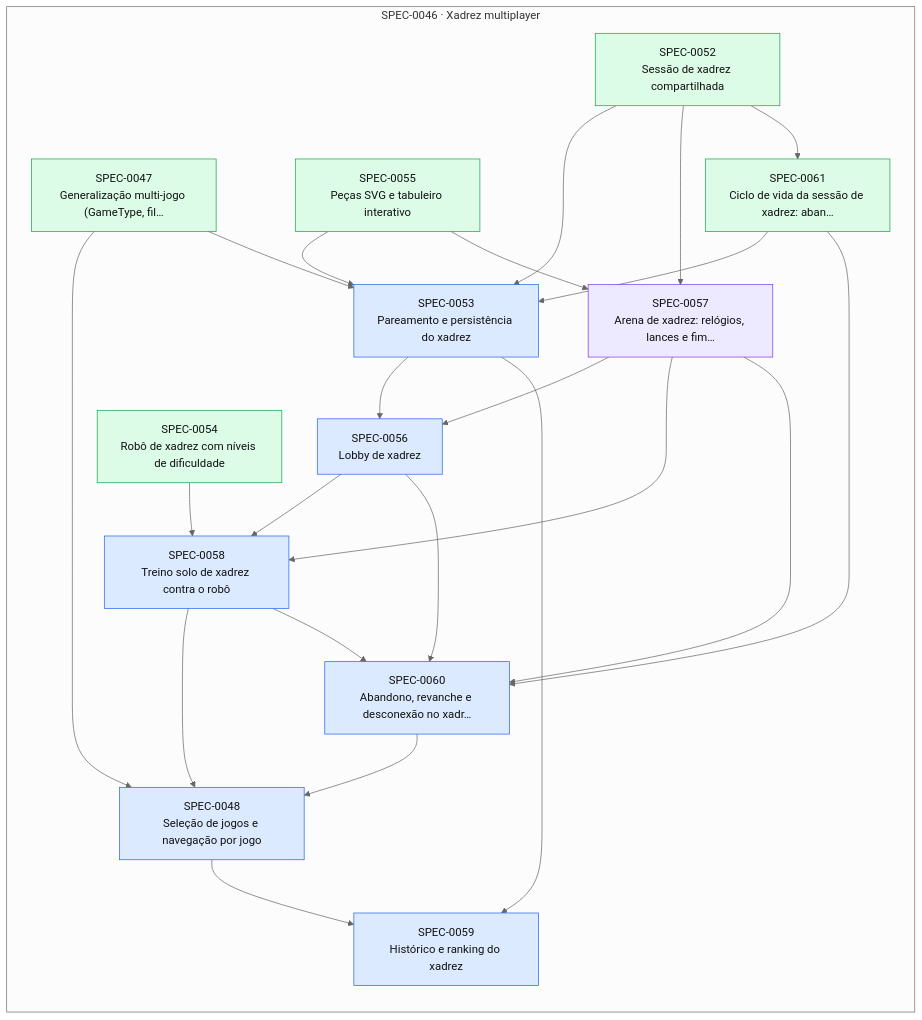
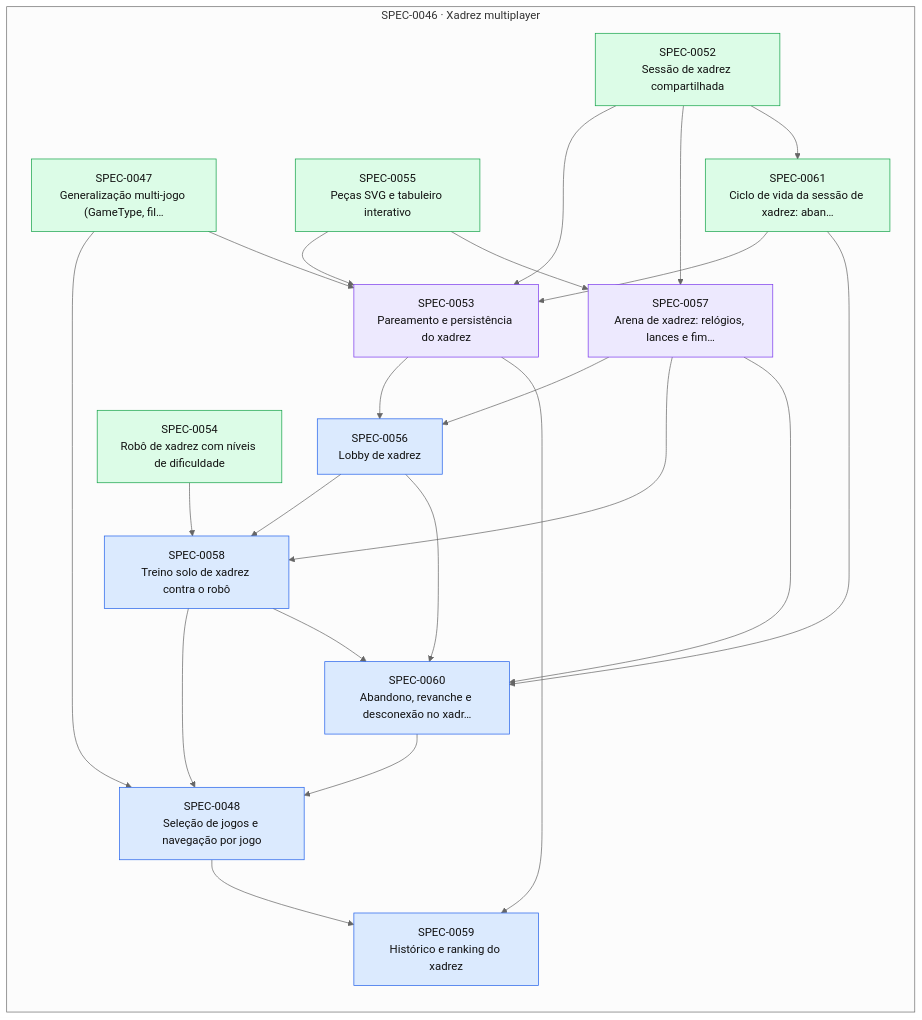
Before and after one commit to thomasravache/jogo-da-velha-multiplayer: the diagram in docs/specs/INDEX.md, drawn with Mermaid (neutral theme). The commit also changed other lines of this file and 1 other file, not shown here.

First line of the commit message:
docs(specs): registrar gates G1-G4 da SPEC-0053

````diff
--- a/docs/specs/INDEX.md
+++ b/docs/specs/INDEX.md
@@ -43,43 +43,43 @@
 ```mermaid
 flowchart LR
   subgraph E0046["SPEC-0046 · Xadrez multiplayer"]
     S0047["SPEC-0047<br/>Generalização multi-jogo (GameType, fil…"]:::implemented
     S0048["SPEC-0048<br/>Seleção de jogos e navegação por jogo"]:::approved
     S0052["SPEC-0052<br/>Sessão de xadrez compartilhada"]:::implemented
-    S0053["SPEC-0053<br/>Pareamento e persistência do xadrez"]:::approved
+    S0053["SPEC-0053<br/>Pareamento e persistência do xadrez"]:::inprogress
     S0054["SPEC-0054<br/>Robô de xadrez com níveis de dificuldade"]:::implemented
     S0055["SPEC-0055<br/>Peças SVG e tabuleiro interativo"]:::implemented
     S0056["SPEC-0056<br/>Lobby de xadrez"]:::approved
     S0057["SPEC-0057<br/>Arena de xadrez: relógios, lances e fim…"]:::inprogress
     S0058["SPEC-0058<br/>Treino solo de xadrez contra o robô"]:::approved
     S0059["SPEC-0059<br/>Histórico e ranking do xadrez"]:::approved
     S0060["SPEC-0060<br/>Abandono, revanche e desconexão no xadr…"]:::approved
     S0061["SPEC-0061<br/>Ciclo de vida da sessão de xadrez: aban…"]:::implemented
   end
   S0047 --> S0048
   S0058 --> S0048
   S0060 --> S0048
   S0047 --> S0053
   S0052 --> S0053
   S0055 --> S0053
   S0061 --> S0053
   S0053 --> S0056
   S0057 --> S0056
   S0052 --> S0057
   S0055 --> S0057
   S0054 --> S0058
   S0056 --> S0058
   S0057 --> S0058
   S0048 --> S0059
   S0053 --> S0059
   S0056 --> S0060
   S0057 --> S0060
   S0058 --> S0060
   S0061 --> S0060
   S0052 --> S0061
   classDef proposed fill:#fef3c7,stroke:#d97706,color:#111
   classDef approved fill:#dbeafe,stroke:#2563eb,color:#111
   classDef inprogress fill:#ede9fe,stroke:#7c3aed,color:#111
   classDef implemented fill:#dcfce7,stroke:#16a34a,color:#111
   classDef deprecated fill:#f3f4f6,stroke:#9ca3af,color:#6b7280
 ```
````
